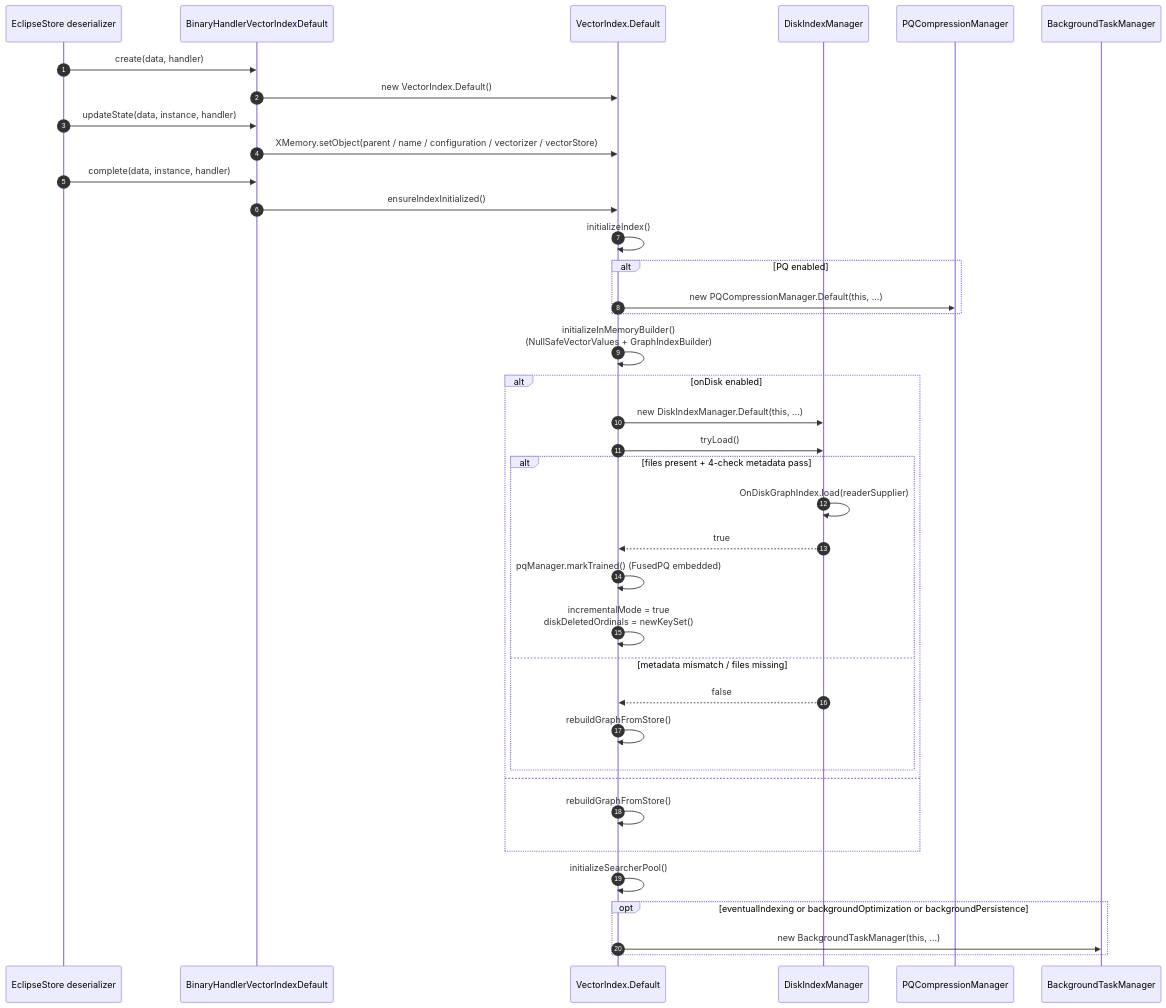
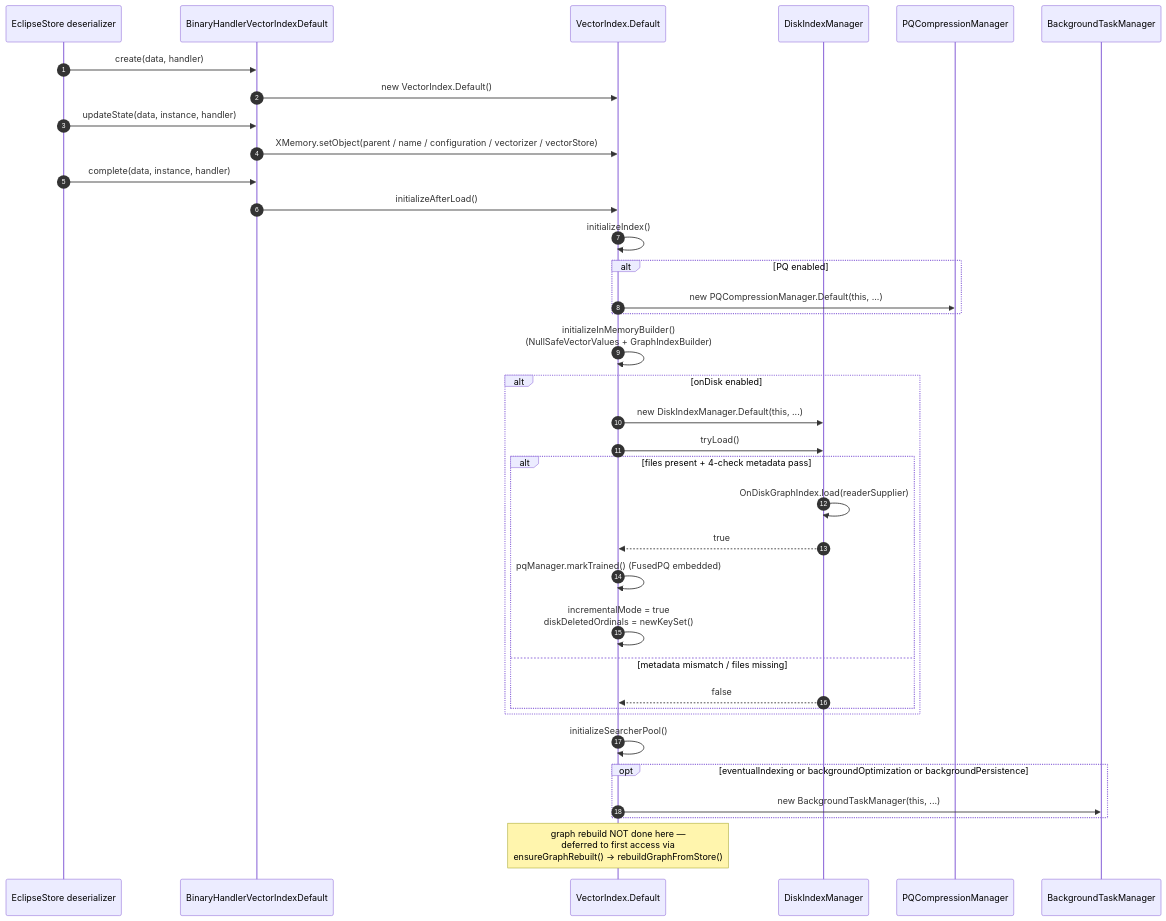
One commit to eclipse-store/store changed the fourth of 10 diagrams in gigamap/jvector/ARCHITECTURE.md. Above: the diagram before and after it, drawn with Mermaid. The commit also changed other lines of this file and 4 other files, not shown here.

````diff
--- a/gigamap/jvector/ARCHITECTURE.md
+++ b/gigamap/jvector/ARCHITECTURE.md
@@ -338,43 +338,41 @@
 ```mermaid
 sequenceDiagram
     autonumber
     participant ES as EclipseStore deserializer
     participant H as BinaryHandlerVectorIndexDefault
     participant VI as VectorIndex.Default
     participant DIM as DiskIndexManager
     participant PQM as PQCompressionManager
     participant BTM as BackgroundTaskManager
 
     ES->>H: create(data, handler)
     H->>VI: new VectorIndex.Default()
     ES->>H: updateState(data, instance, handler)
     H->>VI: XMemory.setObject(parent / name / configuration / vectorizer / vectorStore)
     ES->>H: complete(data, instance, handler)
-    H->>VI: ensureIndexInitialized()
+    H->>VI: initializeAfterLoad()
     VI->>VI: initializeIndex()
     alt PQ enabled
         VI->>PQM: new PQCompressionManager.Default(this, ...)
     end
     VI->>VI: initializeInMemoryBuilder()<br/>(NullSafeVectorValues + GraphIndexBuilder)
 
     alt onDisk enabled
         VI->>DIM: new DiskIndexManager.Default(this, ...)
         VI->>DIM: tryLoad()
         alt files present + 4-check metadata pass
             DIM->>DIM: OnDiskGraphIndex.load(readerSupplier)
             DIM-->>VI: true
             VI->>VI: pqManager.markTrained() (FusedPQ embedded)
             VI->>VI: incrementalMode = true<br/>diskDeletedOrdinals = newKeySet()
         else metadata mismatch / files missing
             DIM-->>VI: false
-            VI->>VI: rebuildGraphFromStore()
         end
-    else
-        VI->>VI: rebuildGraphFromStore()
     end
 
     VI->>VI: initializeSearcherPool()
     opt eventualIndexing or backgroundOptimization or backgroundPersistence
         VI->>BTM: new BackgroundTaskManager(this, ...)
     end
+    Note over VI: graph rebuild NOT done here —<br/>deferred to first access via<br/>ensureGraphRebuilt() → rebuildGraphFromStore()
 ```
````
